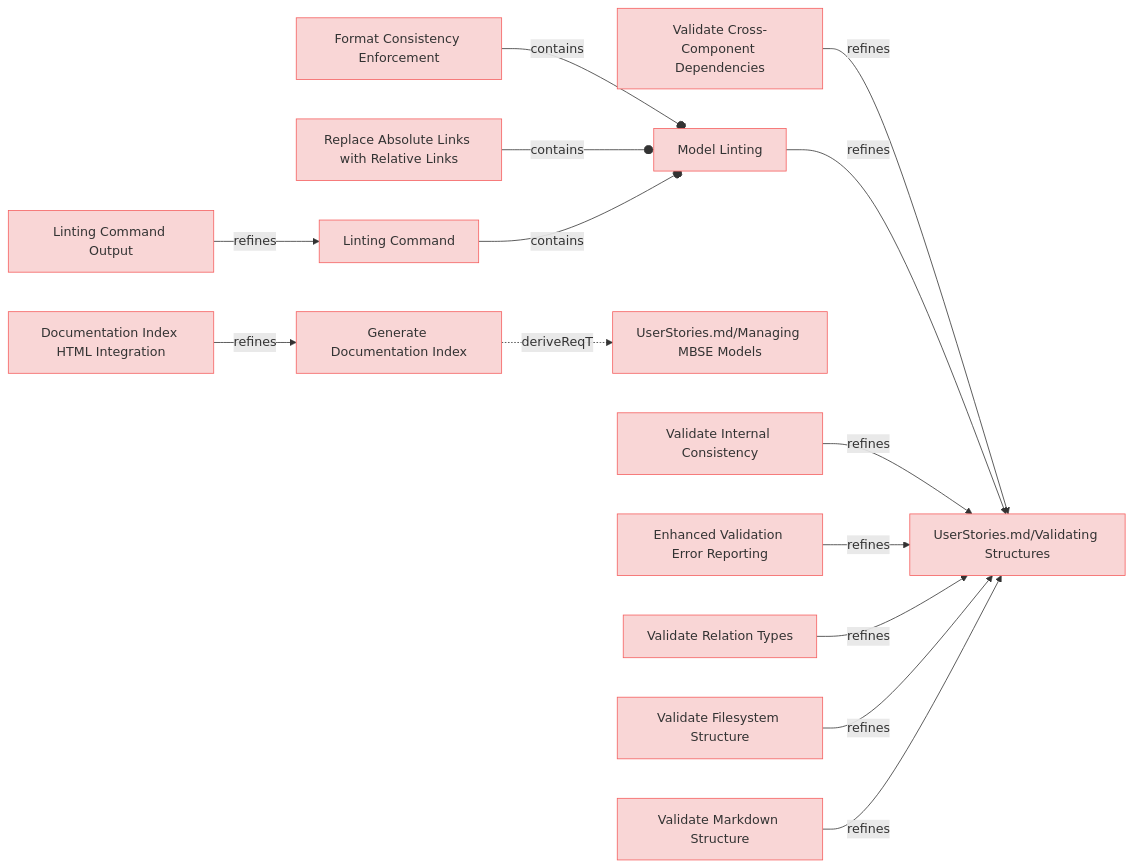
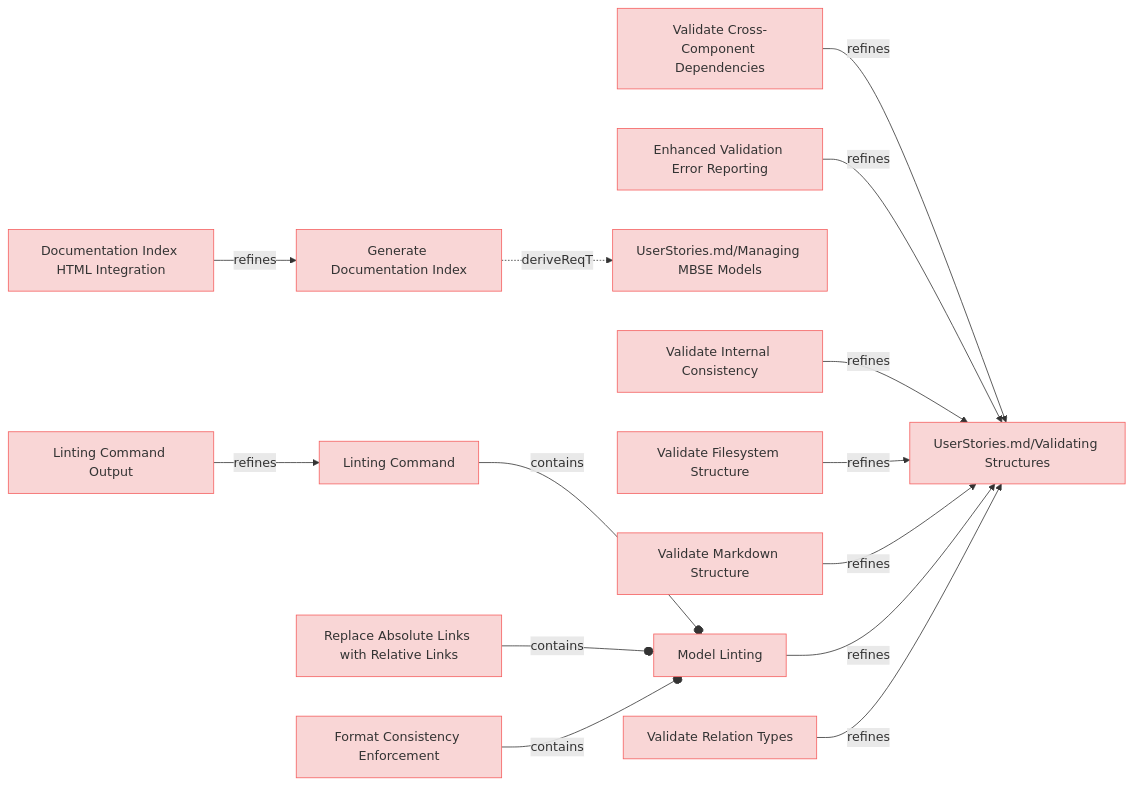
One commit to reqvire-org/reqvire changed the third of 8 diagrams in specifications/UserRequirements.md. Above: the diagram before and after it, drawn with Mermaid. The commit also changed other lines of this file and 18 other files, not shown here.

````diff
--- a/specifications/UserRequirements.md
+++ b/specifications/UserRequirements.md
@@ -87,67 +87,67 @@
 ```mermaid
 graph LR;
   %% Graph styling
   classDef requirement fill:#f9d6d6,stroke:#f55f5f,stroke-width:1px;
   classDef verification fill:#d6f9d6,stroke:#5fd75f,stroke-width:1px;
   classDef externalLink fill:#d0e0ff,stroke:#3080ff,stroke-width:1px;
   classDef default fill:#f5f5f5,stroke:#333333,stroke-width:1px;
 
+  a51179cda67cf9f2["Linting Command"];
+  class a51179cda67cf9f2 requirement;
+  click a51179cda67cf9f2 "UserRequirements.md#linting-command";
+  7305c1d6f7f1e2b2["Model Linting"];
+  class 7305c1d6f7f1e2b2 requirement;
+  click 7305c1d6f7f1e2b2 "UserRequirements.md#model-linting";
+  a51179cda67cf9f2 --o|contains| 7305c1d6f7f1e2b2;
+  8dfe33c28555e80a["Replace Absolute Links with Relative Links"];
+  class 8dfe33c28555e80a requirement;
+  click 8dfe33c28555e80a "UserRequirements.md#replace-absolute-links-with-relative-links";
+  8dfe33c28555e80a --o|contains| 7305c1d6f7f1e2b2;
   3bd9d29239564eeb["Validate Cross-Component Dependencies"];
   class 3bd9d29239564eeb requirement;
   click 3bd9d29239564eeb "UserRequirements.md#validate-cross-component-dependencies";
   113748a94885138d["UserStories.md/Validating Structures"];
   class 113748a94885138d requirement;
   click 113748a94885138d "UserStories.md#validating-structures";
   3bd9d29239564eeb -->|refines| 113748a94885138d;
-  7305c1d6f7f1e2b2["Model Linting"];
-  class 7305c1d6f7f1e2b2 requirement;
-  click 7305c1d6f7f1e2b2 "UserRequirements.md#model-linting";
-  7305c1d6f7f1e2b2 -->|refines| 113748a94885138d;
   c2b6c74b77726ad9["Generate Documentation Index"];
   class c2b6c74b77726ad9 requirement;
   click c2b6c74b77726ad9 "UserRequirements.md#generate-documentation-index";
   e61b7c1baa89bfc6["UserStories.md/Managing MBSE Models"];
   class e61b7c1baa89bfc6 requirement;
   click e61b7c1baa89bfc6 "UserStories.md#managing-mbse-models";
   c2b6c74b77726ad9 -.->|deriveReqT| e61b7c1baa89bfc6;
+  84b3d0502132adb5["Documentation Index HTML Integration"];
+  class 84b3d0502132adb5 requirement;
+  click 84b3d0502132adb5 "UserRequirements.md#documentation-index-html-integration";
+  84b3d0502132adb5 -->|refines| c2b6c74b77726ad9;
   974ccf933675ef44["Format Consistency Enforcement"];
   class 974ccf933675ef44 requirement;
   click 974ccf933675ef44 "UserRequirements.md#format-consistency-enforcement";
   974ccf933675ef44 --o|contains| 7305c1d6f7f1e2b2;
+  3b10b8811daaed67["Enhanced Validation Error Reporting"];
+  class 3b10b8811daaed67 requirement;
+  click 3b10b8811daaed67 "UserRequirements.md#enhanced-validation-error-reporting";
+  3b10b8811daaed67 -->|refines| 113748a94885138d;
   c50887ce89be280a["Validate Internal Consistency"];
   class c50887ce89be280a requirement;
   click c50887ce89be280a "UserRequirements.md#validate-internal-consistency";
   c50887ce89be280a -->|refines| 113748a94885138d;
-  8dfe33c28555e80a["Replace Absolute Links with Relative Links"];
-  class 8dfe33c28555e80a requirement;
-  click 8dfe33c28555e80a "UserRequirements.md#replace-absolute-links-with-relative-links";
-  8dfe33c28555e80a --o|contains| 7305c1d6f7f1e2b2;
+  5c482dc763b4133a["Validate Filesystem Structure"];
+  class 5c482dc763b4133a requirement;
+  click 5c482dc763b4133a "UserRequirements.md#validate-filesystem-structure";
+  5c482dc763b4133a -->|refines| 113748a94885138d;
   ec10e748b5e9516e["Linting Command Output"];
   class ec10e748b5e9516e requirement;
   click ec10e748b5e9516e "UserRequirements.md#linting-command-output";
-  a51179cda67cf9f2["Linting Command"];
-  class a51179cda67cf9f2 requirement;
-  click a51179cda67cf9f2 "UserRequirements.md#linting-command";
   ec10e748b5e9516e -->|refines| a51179cda67cf9f2;
-  3b10b8811daaed67["Enhanced Validation Error Reporting"];
-  class 3b10b8811daaed67 requirement;
-  click 3b10b8811daaed67 "UserRequirements.md#enhanced-validation-error-reporting";
-  3b10b8811daaed67 -->|refines| 113748a94885138d;
+  586b073cd97908da["Validate Markdown Structure"];
+  class 586b073cd97908da requirement;
+  click 586b073cd97908da "UserRequirements.md#validate-markdown-structure";
+  586b073cd97908da -->|refines| 113748a94885138d;
+  7305c1d6f7f1e2b2 -->|refines| 113748a94885138d;
   f25cbfbca6d6d92e["Validate Relation Types"];
   class f25cbfbca6d6d92e requirement;
   click f25cbfbca6d6d92e "UserRequirements.md#validate-relation-types";
   f25cbfbca6d6d92e -->|refines| 113748a94885138d;
-  5c482dc763b4133a["Validate Filesystem Structure"];
-  class 5c482dc763b4133a requirement;
-  click 5c482dc763b4133a "UserRequirements.md#validate-filesystem-structure";
-  5c482dc763b4133a -->|refines| 113748a94885138d;
-  586b073cd97908da["Validate Markdown Structure"];
-  class 586b073cd97908da requirement;
-  click 586b073cd97908da "UserRequirements.md#validate-markdown-structure";
-  586b073cd97908da -->|refines| 113748a94885138d;
-  84b3d0502132adb5["Documentation Index HTML Integration"];
-  class 84b3d0502132adb5 requirement;
-  click 84b3d0502132adb5 "UserRequirements.md#documentation-index-html-integration";
-  84b3d0502132adb5 -->|refines| c2b6c74b77726ad9;
-  a51179cda67cf9f2 --o|contains| 7305c1d6f7f1e2b2;
 ```
````
